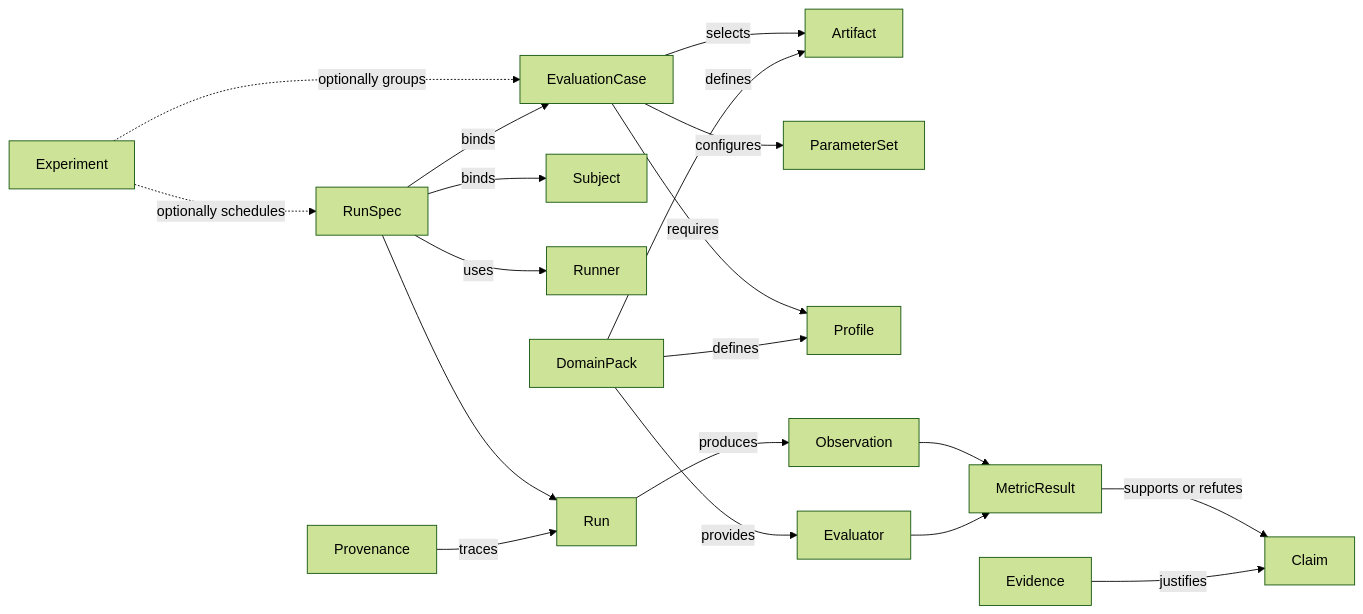
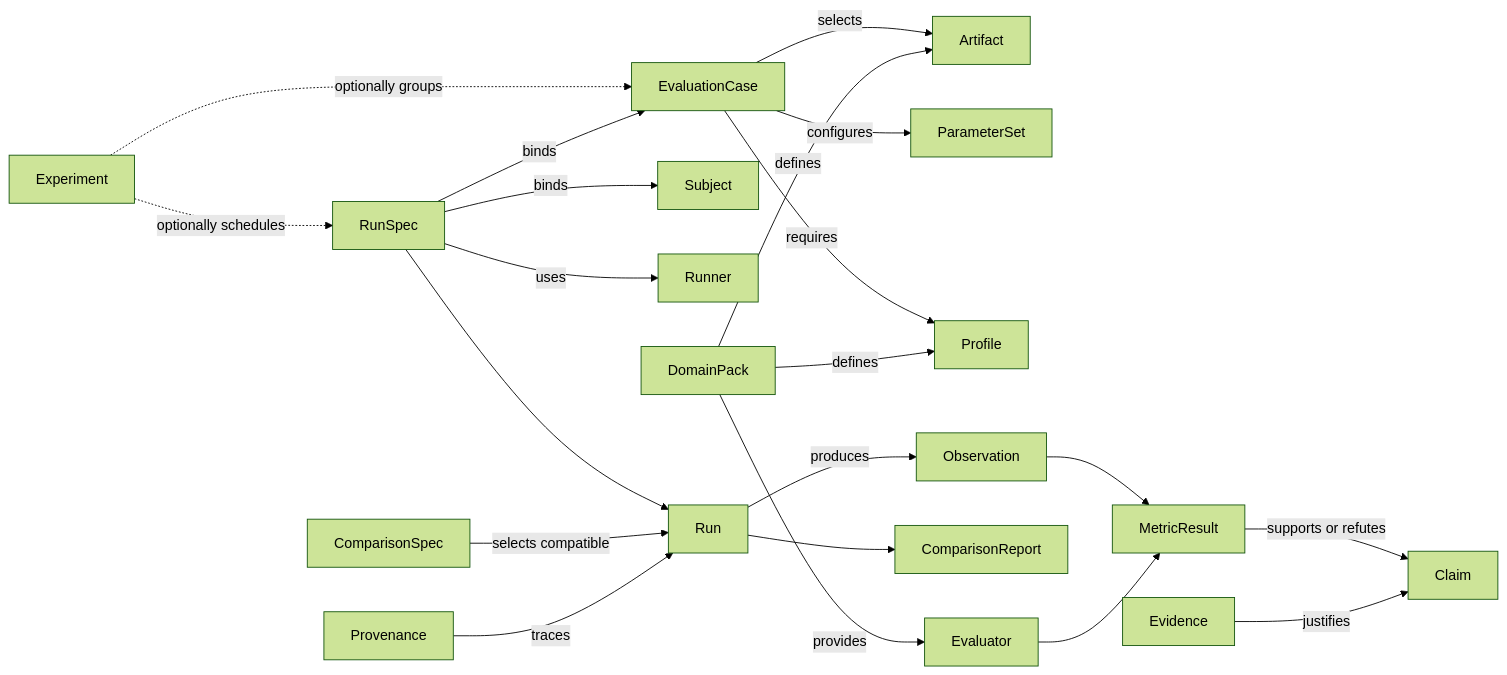
One commit to lusipad/Axiom changed the first of 2 diagrams in Axiom 通用评估框架规范.md. Above: the diagram before and after it, drawn with Mermaid (forest theme). The commit also changed other lines of this file and 66 other files, not shown here.

````diff
--- a/Axiom 通用评估框架规范.md
+++ b/Axiom 通用评估框架规范.md
@@ -51,21 +51,23 @@
 ```mermaid
 flowchart LR
     Case["EvaluationCase"] -->|"selects"| Artifact
     Case -->|"configures"| ParameterSet
     Case -->|"requires"| Profile
     Experiment -.->|"optionally groups"| Case
     Experiment -.->|"optionally schedules"| RunSpec
     RunSpec -->|"binds"| Case
     RunSpec -->|"binds"| Subject
     RunSpec -->|"uses"| Runner
     RunSpec --> Run
     Run -->|"produces"| Observation
+    ComparisonSpec -->|"selects compatible"| Run
+    Run --> ComparisonReport
     Observation --> MetricResult
     MetricResult -->|"supports or refutes"| Claim
     Evidence -->|"justifies"| Claim
     Provenance -->|"traces"| Run
     DomainPack -->|"defines"| Artifact
     DomainPack -->|"defines"| Profile
     DomainPack -->|"provides"| Evaluator
     Evaluator --> MetricResult
 ```
````
